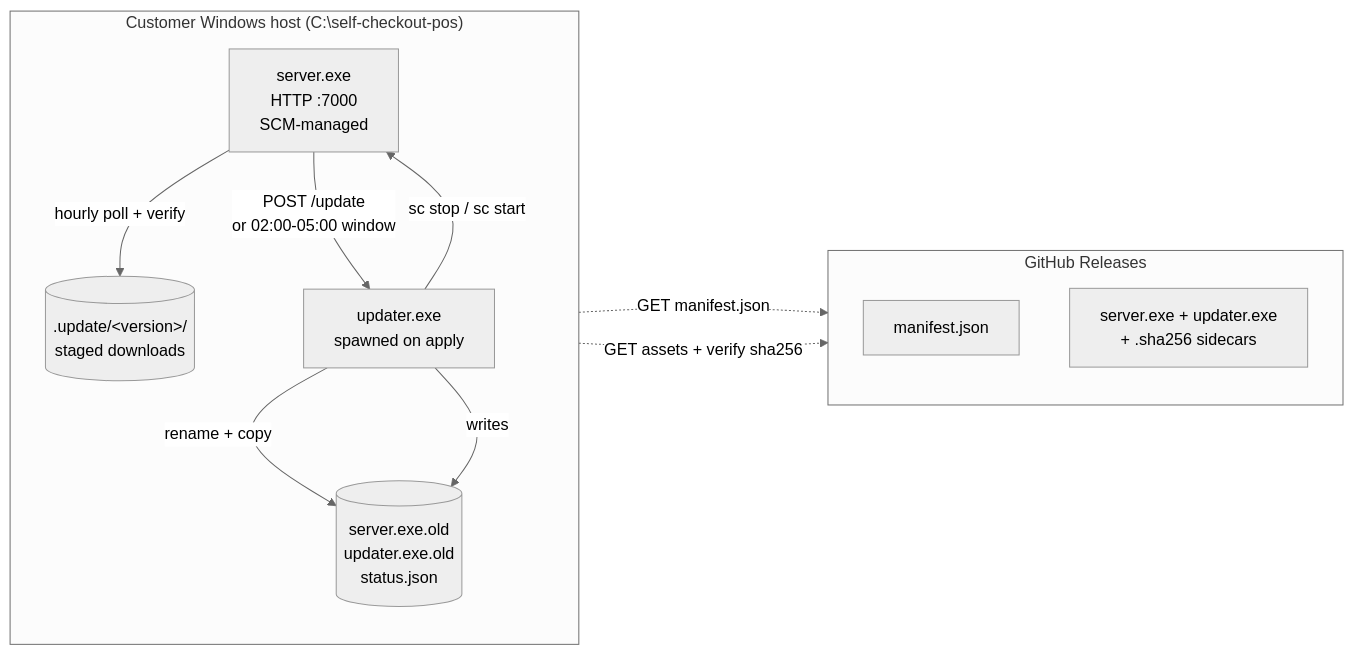
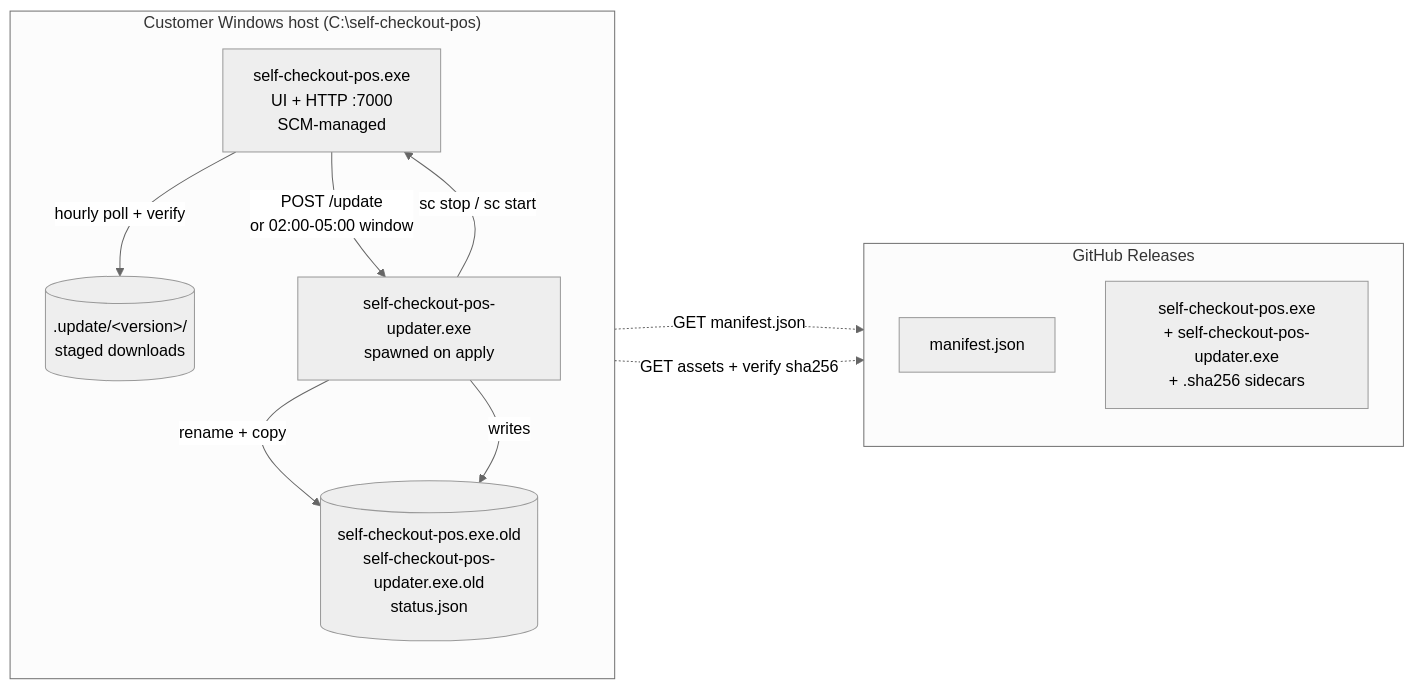
The first of 3 diagrams in README.md (tqrcisio/self-checkout-pos), drawn with Mermaid (neutral theme) before and after one commit. The commit also changed other lines of this file and 10 other files, not shown here.

````diff
--- a/README.md
+++ b/README.md
@@ -60,22 +60,22 @@
 ```mermaid
 flowchart LR
     subgraph host["Customer Windows host (C:\self-checkout-pos)"]
         direction TB
-        svc["server.exe<br/>HTTP :7000<br/>SCM-managed"]
-        upd["updater.exe<br/>spawned on apply"]
+        svc["self-checkout-pos.exe<br/>UI + HTTP :7000<br/>SCM-managed"]
+        upd["self-checkout-pos-updater.exe<br/>spawned on apply"]
         stage[(".update/&lt;version&gt;/<br/>staged downloads")]
-        live[("server.exe.old<br/>updater.exe.old<br/>status.json")]
+        live[("self-checkout-pos.exe.old<br/>self-checkout-pos-updater.exe.old<br/>status.json")]
         svc -- "hourly poll + verify" --> stage
         svc -- "POST /update<br/>or 02:00-05:00 window" --> upd
         upd -- "sc stop / sc start" --> svc
         upd -- "rename + copy" --> live
         upd -- "writes" --> live
     end
     subgraph gh["GitHub Releases"]
         direction TB
         man["manifest.json"]
-        bin["server.exe + updater.exe<br/>+ .sha256 sidecars"]
+        bin["self-checkout-pos.exe<br/>+ self-checkout-pos-updater.exe<br/>+ .sha256 sidecars"]
     end
     svc -. "GET manifest.json" .-> man
     svc -. "GET assets + verify sha256" .-> bin
 ```
````
